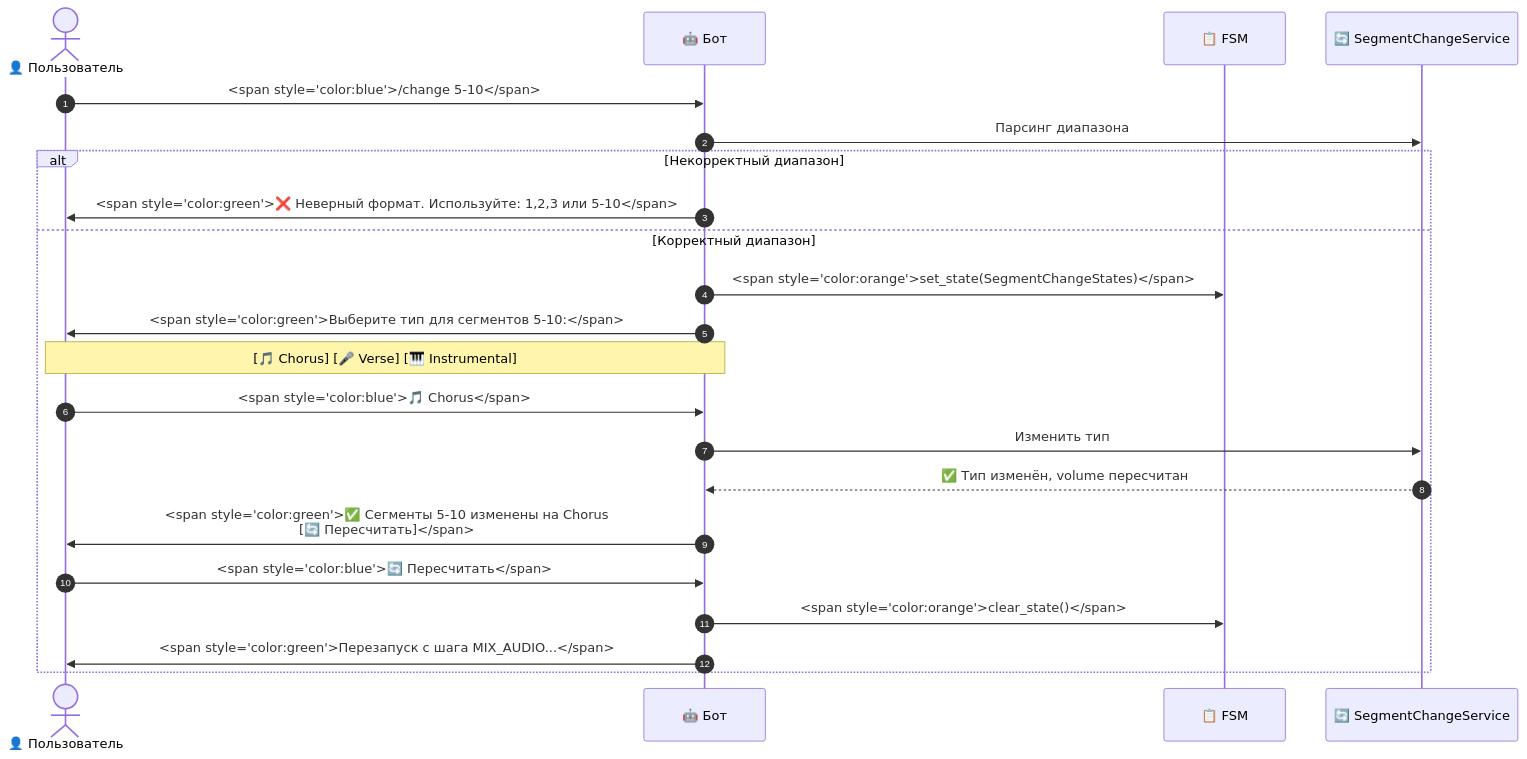
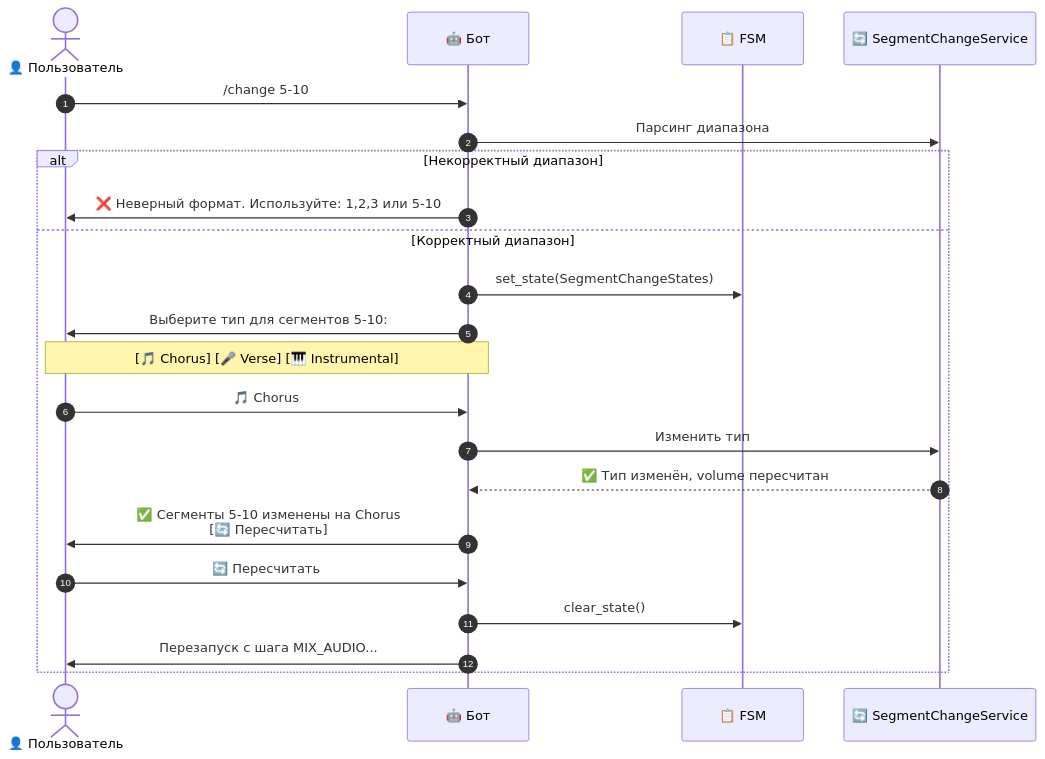
One commit to rabdalov/agent-test changed the third of 6 diagrams in docs/architecture/message-flow.md. Above: the diagram before and after it, drawn with Mermaid. The commit also changed other lines of this file, not shown here.

````diff
--- a/docs/architecture/message-flow.md
+++ b/docs/architecture/message-flow.md
@@ -111,29 +103,29 @@
 ```mermaid
 sequenceDiagram
     autonumber
     actor U as 👤 Пользователь
     participant B as 🤖 Бот
     participant FSM as 📋 FSM
     participant SCS as 🔄 SegmentChangeService
 
-    U->>B: <span style="color:blue">/change 5-10</span>
+    U->>B: /change 5-10
     B->>SCS: Парсинг диапазона
     
     alt Некорректный диапазон
-        B->>U: <span style="color:green">❌ Неверный формат. Используйте: 1,2,3 или 5-10</span>
+        B->>U: ❌ Неверный формат. Используйте: 1,2,3 или 5-10
     else Корректный диапазон
-        B->>FSM: <span style="color:orange">set_state(SegmentChangeStates)</span>
-        B->>U: <span style="color:green">Выберите тип для сегментов 5-10:</span>
+        B->>FSM: set_state(SegmentChangeStates)
+        B->>U: Выберите тип для сегментов 5-10:
         Note over B,U: [🎵 Chorus] [🎤 Verse] [🎹 Instrumental]
         
-        U->>B: <span style="color:blue">🎵 Chorus</span>
+        U->>B: 🎵 Chorus
         B->>SCS: Изменить тип
         SCS-->>B: ✅ Тип изменён, volume пересчитан
         
-        B->>U: <span style="color:green">✅ Сегменты 5-10 изменены на Chorus<br/>[🔄 Пересчитать]</span>
+        B->>U: ✅ Сегменты 5-10 изменены на Chorus<br/>[🔄 Пересчитать]
         
-        U->>B: <span style="color:blue">🔄 Пересчитать</span>
-        B->>FSM: <span style="color:orange">clear_state()</span>
-        B->>U: <span style="color:green">Перезапуск с шага MIX_AUDIO...</span>
+        U->>B: 🔄 Пересчитать
+        B->>FSM: clear_state()
+        B->>U: Перезапуск с шага MIX_AUDIO...
     end
 ```
````
